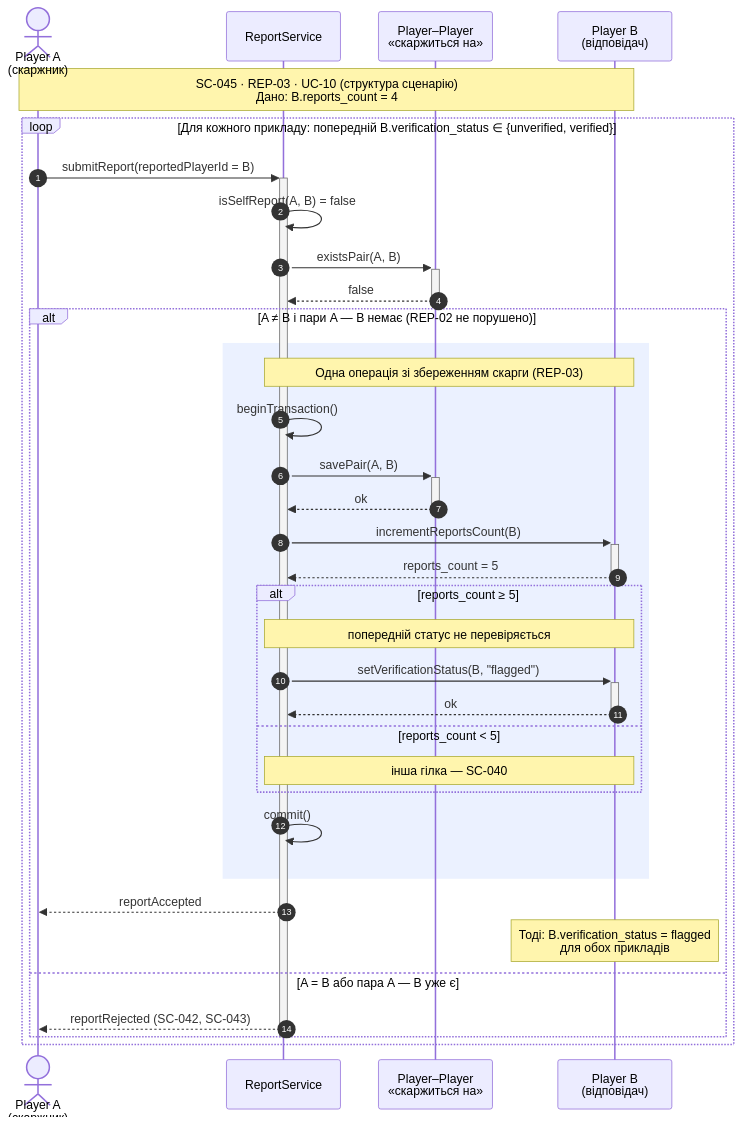
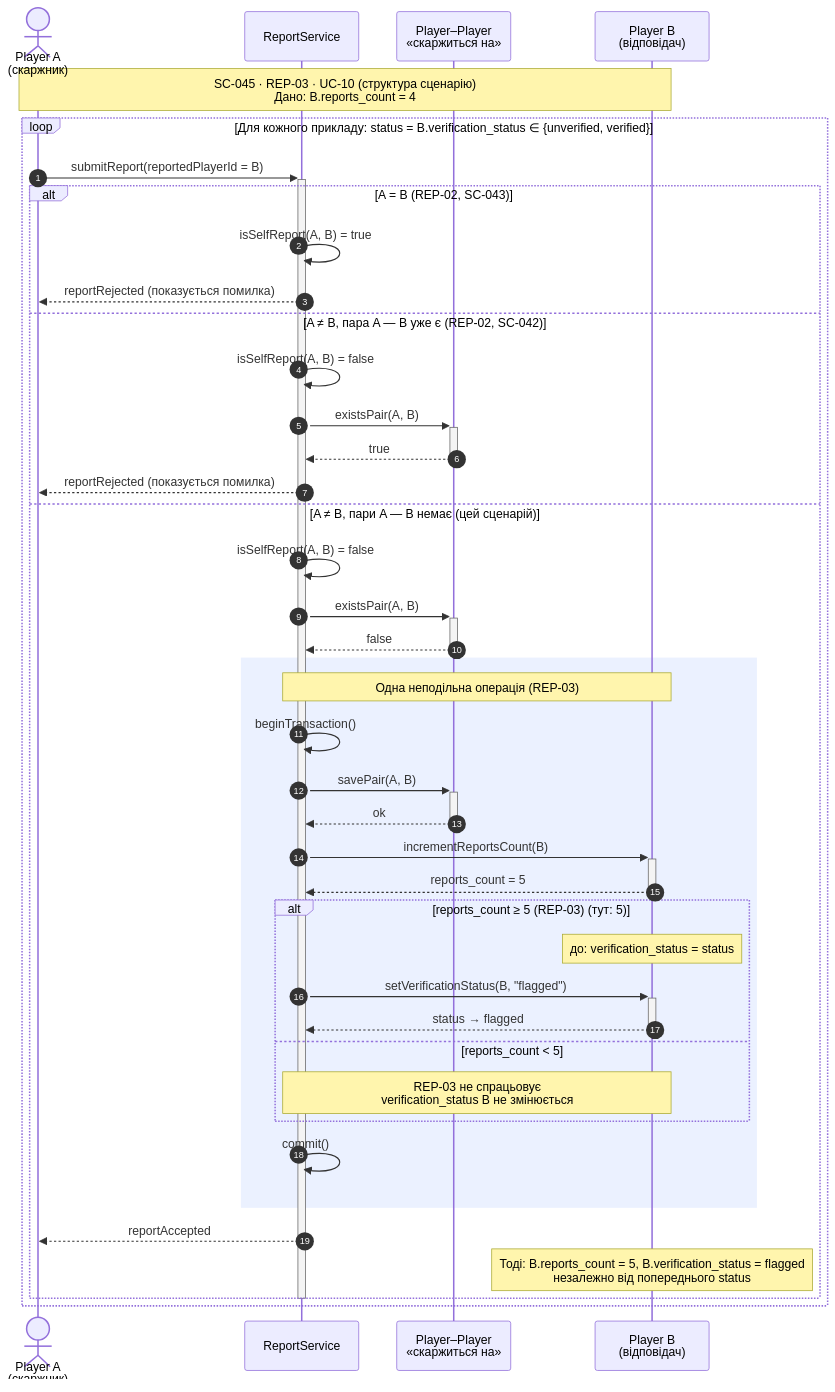
The diagram in lab3/diagrams/sequence-045.mmd (Honike-1/KPI2), drawn with Mermaid before and after one commit. The commit also changed 13 other files, not shown here.

Commit message:
docs: rework diagrams

```diff
--- a/lab3/diagrams/sequence-045.mmd
+++ b/lab3/diagrams/sequence-045.mmd
@@ -1,37 +1,44 @@
 sequenceDiagram
     autonumber
     actor A as Player A<br/>(скаржник)
     participant RS as ReportService
     participant REL as Player–Player<br/>«скаржиться на»
     participant PB as Player B<br/>(відповідач)
 
+
     Note over A,PB: SC-045 · REP-03 · UC-10 (структура сценарію)<br/>Дано: B.reports_count = 4
-    loop Для кожного прикладу: попередній B.verification_status ∈ {unverified, verified}
+    loop Для кожного прикладу: status = B.verification_status ∈ {unverified, verified}
         A->>+RS: submitReport(reportedPlayerId = B)
-        RS->>RS: isSelfReport(A, B) = false
-        RS->>+REL: existsPair(A, B)
-        REL-->>-RS: false
-        alt A ≠ B і пари A — B немає (REP-02 не порушено)
+        alt A = B (REP-02, SC-043)
+            RS->>RS: isSelfReport(A, B) = true
+            RS-->>A: reportRejected (показується помилка)
+        else A ≠ B, пара A — B уже є (REP-02, SC-042)
+            RS->>RS: isSelfReport(A, B) = false
+            RS->>+REL: existsPair(A, B)
+            REL-->>-RS: true
+            RS-->>A: reportRejected (показується помилка)
+        else A ≠ B, пари A — B немає (цей сценарій)
+            RS->>RS: isSelfReport(A, B) = false
+            RS->>+REL: existsPair(A, B)
+            REL-->>-RS: false
             rect rgba(120, 160, 255, 0.15)
-                Note over RS,PB: Одна операція зі збереженням скарги (REP-03)
+                Note over RS,PB: Одна неподільна операція (REP-03)
                 RS->>RS: beginTransaction()
                 RS->>+REL: savePair(A, B)
                 REL-->>-RS: ok
                 RS->>+PB: incrementReportsCount(B)
                 PB-->>-RS: reports_count = 5
-                alt reports_count ≥ 5
-                    Note over RS,PB: попередній статус не перевіряється
+                alt reports_count ≥ 5 (REP-03) (тут: 5)
+                    Note over PB: до: verification_status = status
                     RS->>+PB: setVerificationStatus(B, "flagged")
-                    PB-->>-RS: ok
+                    PB-->>-RS: status → flagged
                 else reports_count < 5
-                    Note over RS,PB: інша гілка — SC-040
+                    Note over RS,PB: REP-03 не спрацьовує<br/>verification_status B не змінюється
                 end
                 RS->>RS: commit()
             end
             RS-->>A: reportAccepted
-            Note over PB: Тоді: B.verification_status = flagged<br/>для обох прикладів
-        else A = B або пара A — B уже є
-            RS-->>A: reportRejected (SC-042, SC-043)
+            Note over PB: Тоді: B.reports_count = 5, B.verification_status = flagged<br/>незалежно від попереднього status
         end
         deactivate RS
     end
```
